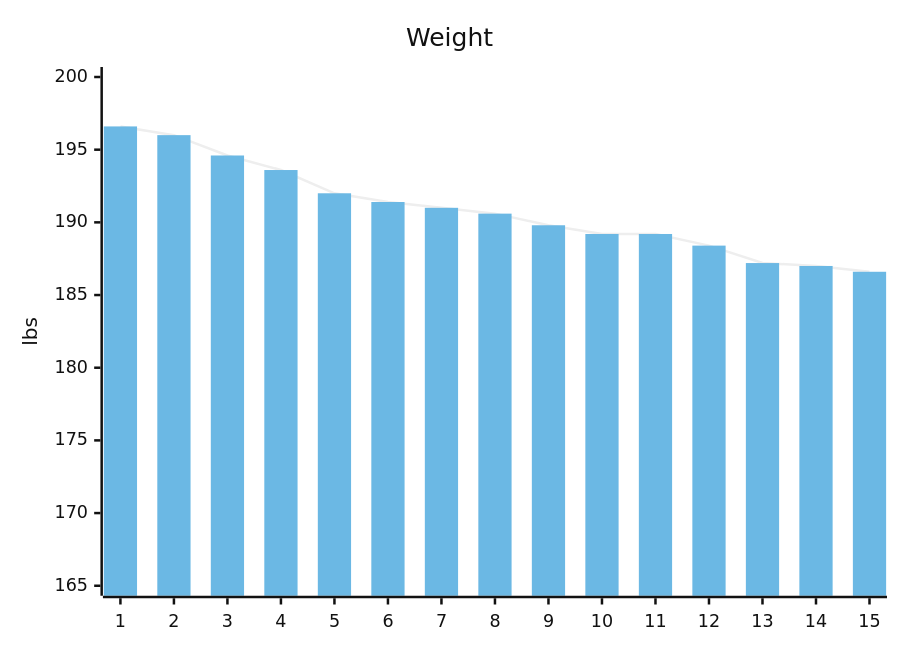
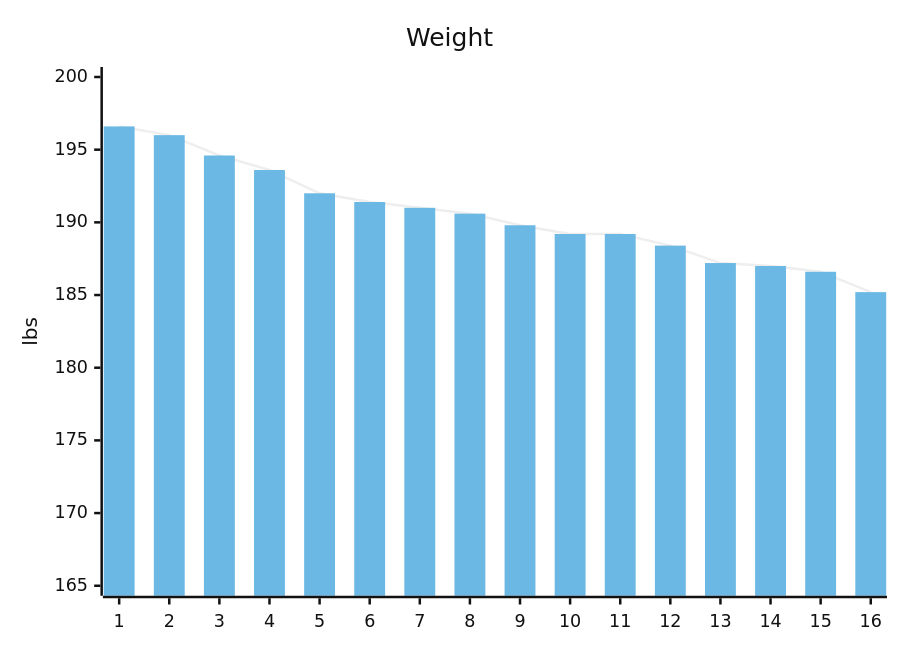
Before and after one commit to stevenelson35/stevenelson35.github.io: the diagram in all_collections/_personal/goals.md, drawn with Mermaid (neutral theme). The commit also changed other lines of this file, not shown here.

```diff
--- a/all_collections/_personal/goals.md
+++ b/all_collections/_personal/goals.md
@@ -11,8 +11,8 @@
 <pre class="mermaid" >
   xychart-beta
     title "Weight" 
-    x-axis [1, 2, 3, 4, 5, 6, 7, 8, 9, 10, 11, 12, 13, 14, 15] 
+    x-axis [1, 2, 3, 4, 5, 6, 7, 8, 9, 10, 11, 12, 13, 14, 15, 16] 
     y-axis "lbs" 165 --> 200
-    line [196.6, 196.0, 194.6, 193.6, 192.0, 191.4, 191.0, 190.6, 189.8, 189.2, 189.2, 188.4, 187.2, 187.0, 186.6]
-    bar [196.6, 196.0, 194.6, 193.6, 192.0, 191.4, 191.0, 190.6, 189.8, 189.2, 189.2, 188.4, 187.2, 187.0, 186.6]
+    line [196.6, 196.0, 194.6, 193.6, 192.0, 191.4, 191.0, 190.6, 189.8, 189.2, 189.2, 188.4, 187.2, 187.0, 186.6, 185.2]
+    bar [196.6, 196.0, 194.6, 193.6, 192.0, 191.4, 191.0, 190.6, 189.8, 189.2, 189.2, 188.4, 187.2, 187.0, 186.6, 185.2]
 </pre>
```
